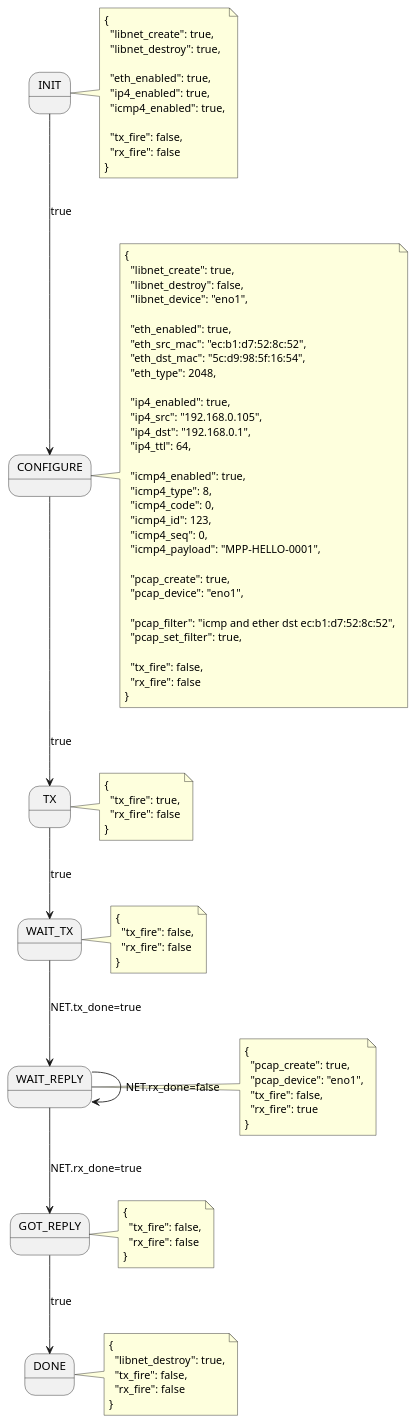
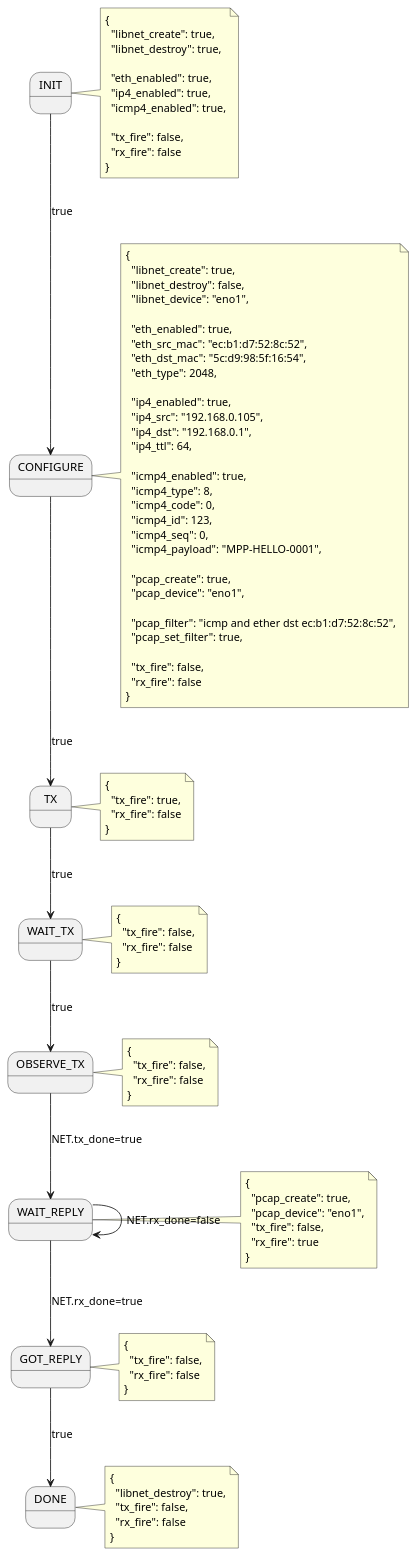
The diagram in ping.puml (ambersoj/fsm), drawn with PlantUML before and after one commit. The commit also changed 2 other files, not shown here.

```diff
--- a/ping.puml
+++ b/ping.puml
@@ -1,105 +1,114 @@
 @startuml
 
 state INIT
 state CONFIGURE
 state TX
 state WAIT_TX
+state OBSERVE_TX
 state WAIT_REPLY
 state GOT_REPLY
 state DONE
 
 INIT --> CONFIGURE : true
 CONFIGURE --> TX : true
 TX --> WAIT_TX : true
-WAIT_TX --> WAIT_REPLY : NET.tx_done=true
+WAIT_TX --> OBSERVE_TX : true
+OBSERVE_TX --> WAIT_REPLY : NET.tx_done=true
 WAIT_REPLY --> WAIT_REPLY : NET.rx_done=false
 WAIT_REPLY --> GOT_REPLY : NET.rx_done=true
 GOT_REPLY --> DONE : true
 
 note right of INIT
 {
   "libnet_create": true,
   "libnet_destroy": true,
 
   "eth_enabled": true,
   "ip4_enabled": true,
   "icmp4_enabled": true,
 
   "tx_fire": false,
   "rx_fire": false
 }
 end note
 
 note right of CONFIGURE
 {
   "libnet_create": true,
   "libnet_destroy": false,
   "libnet_device": "eno1",
 
   "eth_enabled": true,
   "eth_src_mac": "ec:b1:d7:52:8c:52",
   "eth_dst_mac": "5c:d9:98:5f:16:54",
   "eth_type": 2048,
 
   "ip4_enabled": true,
   "ip4_src": "192.168.0.105",
   "ip4_dst": "192.168.0.1",
   "ip4_ttl": 64,
 
   "icmp4_enabled": true,
   "icmp4_type": 8,
   "icmp4_code": 0,
   "icmp4_id": 123,
   "icmp4_seq": 0,
   "icmp4_payload": "MPP-HELLO-0001",
 
   "pcap_create": true,
   "pcap_device": "eno1",
 
   "pcap_filter": "icmp and ether dst ec:b1:d7:52:8c:52",
   "pcap_set_filter": true,
 
   "tx_fire": false,
   "rx_fire": false
 }
 end note
 
 note right of TX
 {
   "tx_fire": true,
   "rx_fire": false
 }
 end note
 
 note right of WAIT_TX
 {
   "tx_fire": false,
   "rx_fire": false
 }
 end note
 
+note right of OBSERVE_TX
+{
+  "tx_fire": false,
+  "rx_fire": false
+}
+end note
+
 note right of WAIT_REPLY
 {
   "pcap_create": true,
   "pcap_device": "eno1",
   "tx_fire": false,
   "rx_fire": true
 }
 end note
 
 note right of GOT_REPLY
 {
   "tx_fire": false,
   "rx_fire": false
 }
 end note
 
 note right of DONE
 {
   "libnet_destroy": true,
   "tx_fire": false,
   "rx_fire": false
 }
 end note
 
 @enduml
```
